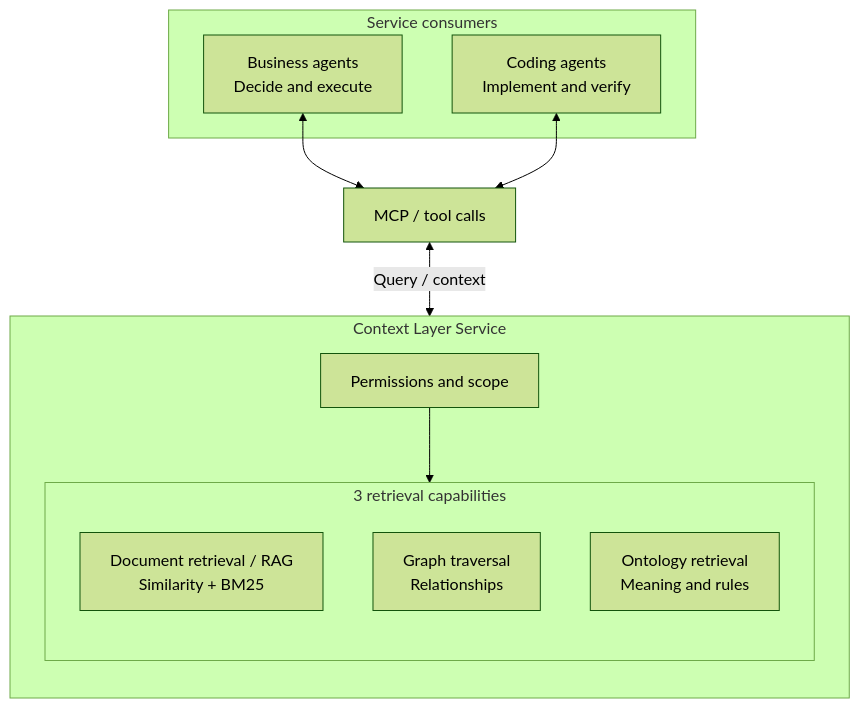
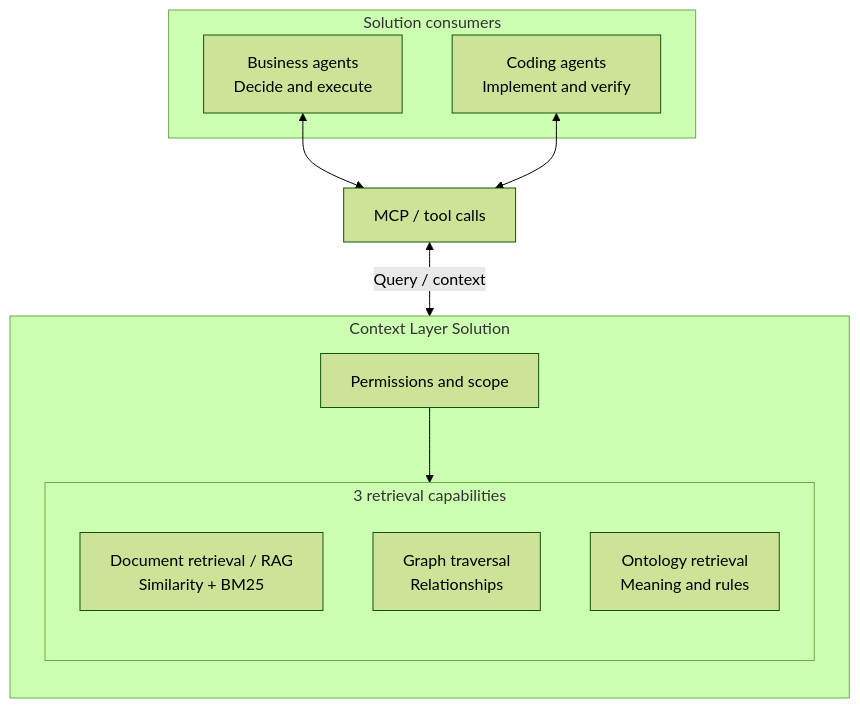
Before and after one commit to haandol/haandol.github.com: the fourth of 6 diagrams in _en/2026-11-05-enterprise-wide-ax-essentials.md, drawn with Mermaid (forest theme). The commit also changed other lines of this file and 2 other files, not shown here.

````diff
--- a/_en/2026-11-05-enterprise-wide-ax-essentials.md
+++ b/_en/2026-11-05-enterprise-wide-ax-essentials.md
@@ -158,21 +158,21 @@
 ```mermaid
 flowchart TB
-  subgraph U["Service consumers"]
+  subgraph U["Solution consumers"]
     B["Business agents<br/>Decide and execute"]
     D["Coding agents<br/>Implement and verify"]
   end
   B <--> M["MCP / tool calls"]
   D <--> M
   M <-->|"Query / context"| S
-  subgraph S["Context Layer Service"]
+  subgraph S["Context Layer Solution"]
     direction TB
     P["Permissions and scope"]
     subgraph Q["3 retrieval capabilities"]
       direction TB
       R["Document retrieval / RAG<br/>Similarity + BM25"]
       G["Graph traversal<br/>Relationships"]
       O["Ontology retrieval<br/>Meaning and rules"]
     end
     P --> Q
   end
 ```
````
